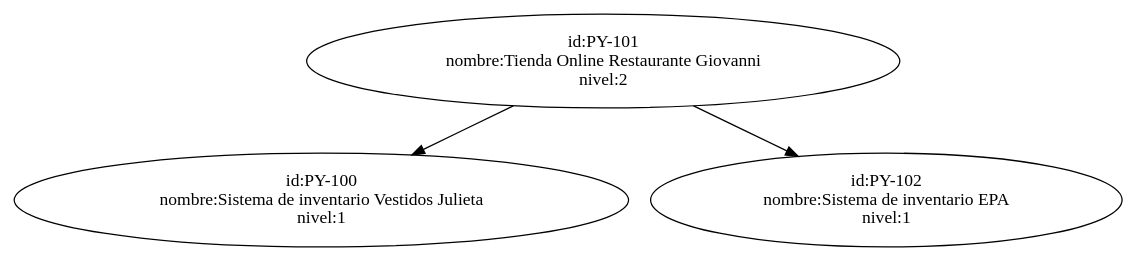
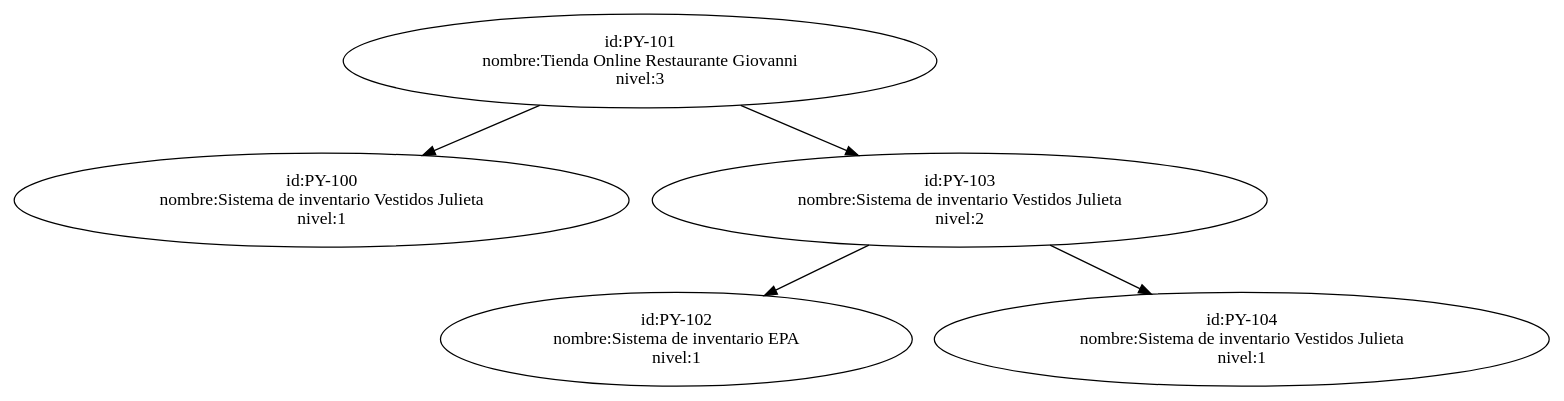
One commit to DDanielABF/EDD_2S2023_PY2_202004783 changed the diagram in EDD_PY1_FASE2/arbolAVL.dot. Above: the diagram before and after it, drawn with Graphviz. The commit also changed 13 other files, not shown here.

```diff
--- a/EDD_PY1_FASE2/arbolAVL.dot
+++ b/EDD_PY1_FASE2/arbolAVL.dot
@@ -1,20 +1,36 @@
 digraph arbolAVL {"id:PY-101
 nombre:Tienda Online Restaurante Giovanni
-nivel:2" ;
+nivel:3" ;
 x1 [label="",width=.1,style=invis];
 "id:PY-101
 nombre:Tienda Online Restaurante Giovanni
-nivel:2" -> "id:PY-100
+nivel:3" -> "id:PY-100
 nombre:Sistema de inventario Vestidos Julieta
 nivel:1" ;
  "id:PY-101
 nombre:Tienda Online Restaurante Giovanni
+nivel:3" -> "id:PY-103
+nombre:Sistema de inventario Vestidos Julieta
+nivel:2" ;
+x2 [label="",width=.1,style=invis];
+"id:PY-103
+nombre:Sistema de inventario Vestidos Julieta
 nivel:2" -> "id:PY-102
 nombre:Sistema de inventario EPA
 nivel:1" ;
+ "id:PY-103
+nombre:Sistema de inventario Vestidos Julieta
+nivel:2" -> "id:PY-104
+nombre:Sistema de inventario Vestidos Julieta
+nivel:1" ;
+{rank=same"id:PY-102
+nombre:Sistema de inventario EPA
+nivel:1" -> "id:PY-104
+nombre:Sistema de inventario Vestidos Julieta
+nivel:1" [style=invis]; } 
 {rank=same"id:PY-100
 nombre:Sistema de inventario Vestidos Julieta
-nivel:1" -> "id:PY-102
-nombre:Sistema de inventario EPA
-nivel:1" [style=invis]; } 
+nivel:1" -> "id:PY-103
+nombre:Sistema de inventario Vestidos Julieta
+nivel:2" [style=invis]; } 
 }
```
